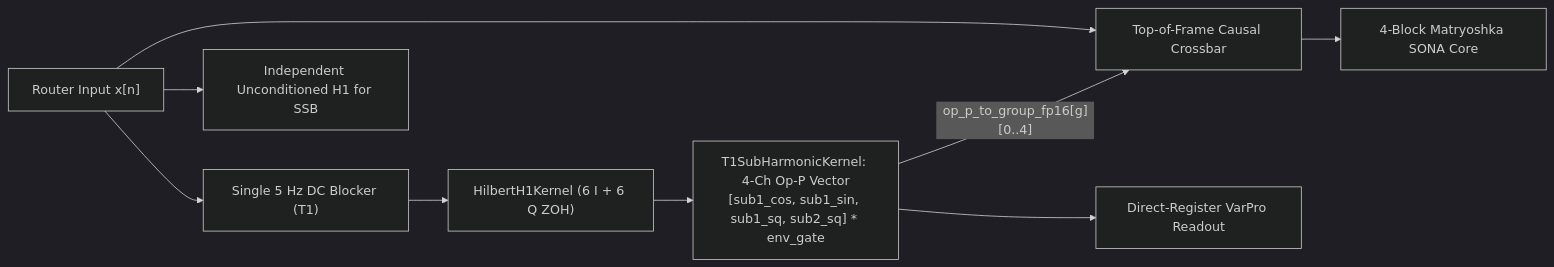
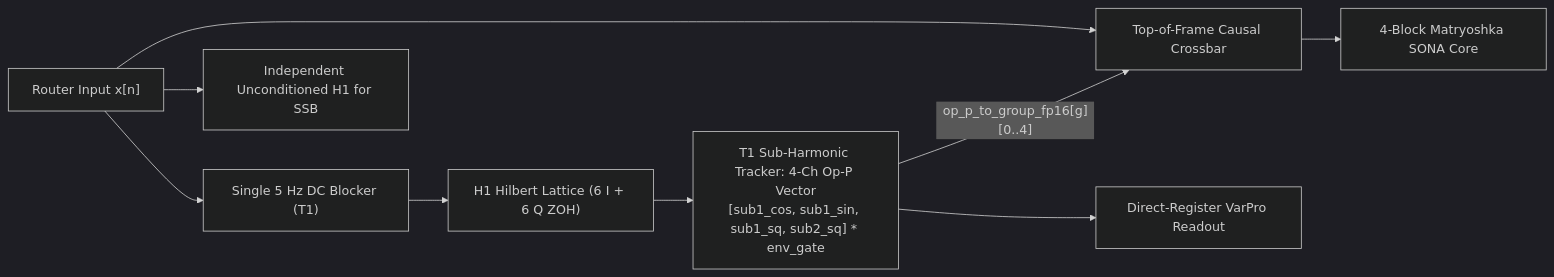
Before and after one commit to mokugen/dnam: the diagram in docs/specs/dsp/op_m_modal_kautz.md, drawn with Mermaid (dark theme). The commit also changed other lines of this file and 198 other files, not shown here.

````diff
--- a/docs/specs/dsp/op_m_modal_kautz.md
+++ b/docs/specs/dsp/op_m_modal_kautz.md
@@ -140,8 +213,8 @@
 ```mermaid
 flowchart LR
-    X["Router Input x[n]"] --> DC["Single 5 Hz DC Blocker (T1)"] --> H1["HilbertH1Kernel (6 I + 6 Q ZOH)"] --> Tracker["T1SubHarmonicKernel: 4-Ch Op-P Vector<br/>[sub1_cos, sub1_sin, sub1_sq, sub2_sq] * env_gate"]
+    X["Router Input x[n]"] --> DC["Single 5 Hz DC Blocker (T1)"] --> H1["H1 Hilbert Lattice (6 I + 6 Q ZOH)"] --> Tracker["T1 Sub-Harmonic Tracker: 4-Ch Op-P Vector<br/>[sub1_cos, sub1_sin, sub1_sq, sub2_sq] * env_gate"]
     X --> Crossbar["Top-of-Frame Causal Crossbar"] --> Core["4-Block Matryoshka SONA Core"]
     Tracker -->|"op_p_to_group_fp16[g][0..4]"| Crossbar
     Tracker --> Readout["Direct-Register VarPro Readout"]
     X --> SSB["Independent Unconditioned H1 for SSB"]
 ```
````
